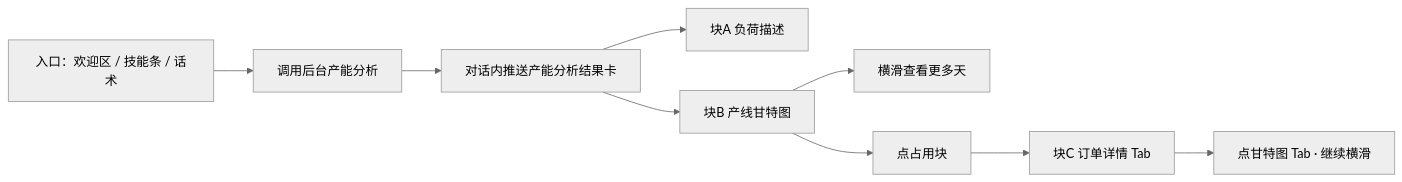
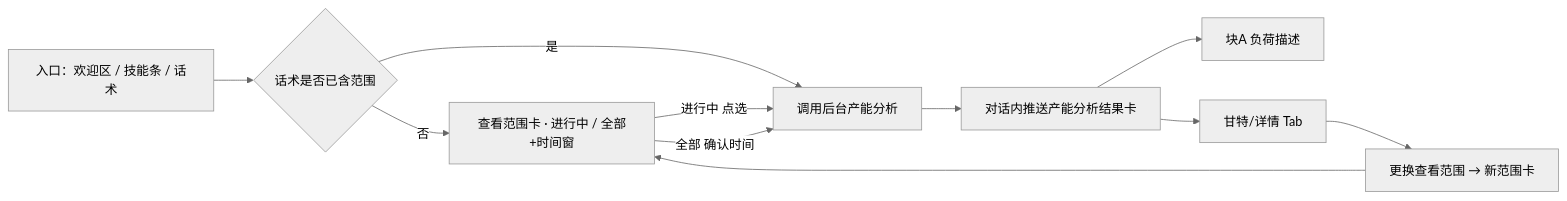
The first of 2 diagrams in v1.5.0/功能描述-经营分析-v1.4.0.md (claribel00826-eng/claribel00826-eng.github.io), drawn with Mermaid (neutral theme) before and after one commit. The commit also changed other lines of this file and 6 other files, not shown here.

````diff
--- a/v1.5.0/功能描述-经营分析-v1.4.0.md
+++ b/v1.5.0/功能描述-经营分析-v1.4.0.md
@@ -24,11 +24,13 @@
 ```mermaid
 flowchart LR
-  A[入口：欢迎区 / 技能条 / 话术] --> D[调用后台产能分析]
+  A[入口：欢迎区 / 技能条 / 话术] --> B{话术是否已含范围}
+  B -->|否| C[查看范围卡 · 进行中 / 全部+时间窗]
+  B -->|是| D[调用后台产能分析]
+  C -->|进行中 点选| D
+  C -->|全部 确认时间| D
   D --> E[对话内推送产能分析结果卡]
   E --> F[块A 负荷描述]
-  E --> G[块B 产线甘特图]
-  G --> H[横滑查看更多天]
-  G --> I[点占用块]
-  I --> J[块C 订单详情 Tab]
-  J --> K[点甘特图 Tab · 继续横滑]
+  E --> G[甘特/详情 Tab]
+  G --> H[更换查看范围 → 新范围卡]
+  H --> C
 ```
````
